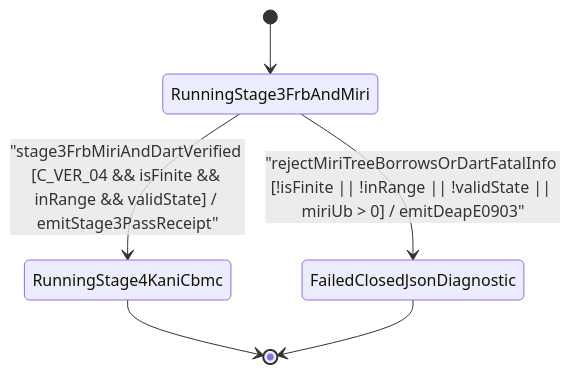
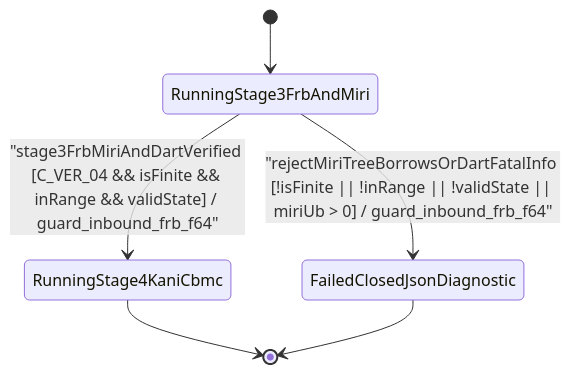
One commit to gintatkinson/DEAP01-spec-core changed the second of 2 diagrams in .pipeline/upstream/docs/user-stories/US-63-guard_inbound_frb_f64.md. Above: the diagram before and after it, drawn with Mermaid. The commit also changed other lines of this file and 88 other files, not shown here.

````diff
--- a/.pipeline/upstream/docs/user-stories/US-63-guard_inbound_frb_f64.md
+++ b/.pipeline/upstream/docs/user-stories/US-63-guard_inbound_frb_f64.md
@@ -60,8 +55,8 @@
 ```mermaid
 stateDiagram-v2
     [*] --> RunningStage3FrbAndMiri
-    RunningStage3FrbAndMiri --> RunningStage4KaniCbmc : "stage3FrbMiriAndDartVerified [C_VER_04 && isFinite && inRange && validState] / emitStage3PassReceipt"
-    RunningStage3FrbAndMiri --> FailedClosedJsonDiagnostic : "rejectMiriTreeBorrowsOrDartFatalInfo [!isFinite || !inRange || !validState || miriUb > 0] / emitDeapE0903"
+    RunningStage3FrbAndMiri --> RunningStage4KaniCbmc : "stage3FrbMiriAndDartVerified [C_VER_04 && isFinite && inRange && validState] / guard_inbound_frb_f64"
+    RunningStage3FrbAndMiri --> FailedClosedJsonDiagnostic : "rejectMiriTreeBorrowsOrDartFatalInfo [!isFinite || !inRange || !validState || miriUb > 0] / guard_inbound_frb_f64"
     RunningStage4KaniCbmc --> [*]
     FailedClosedJsonDiagnostic --> [*]
 ```
````
